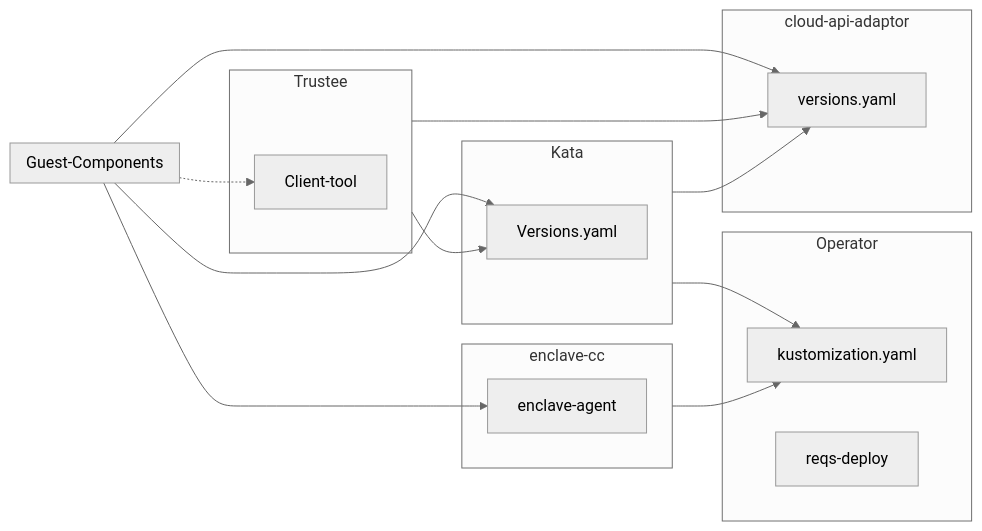
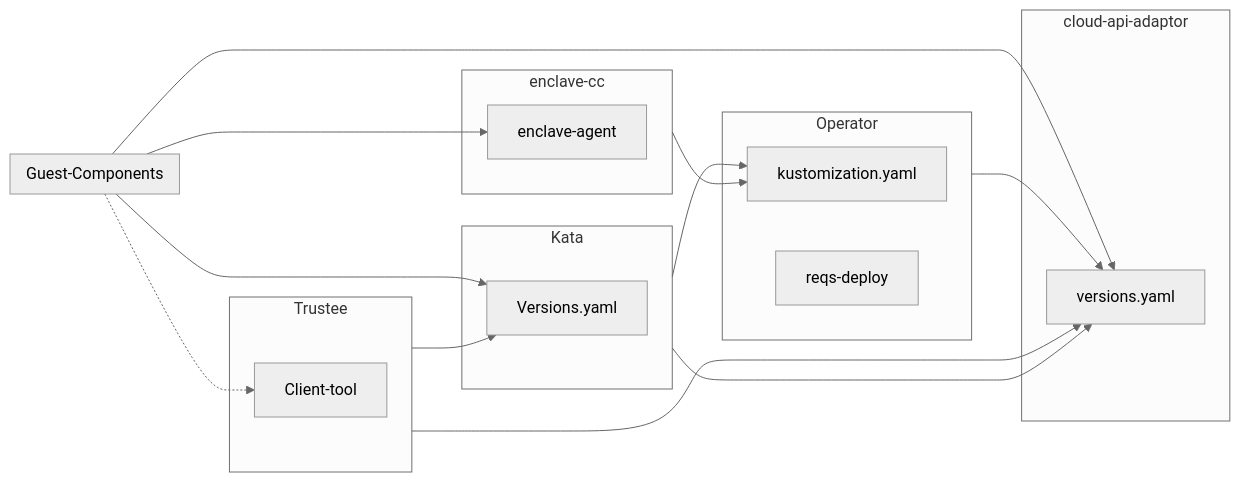
Before and after one commit to confidential-containers/confidential-containers: the diagram in .github/ISSUE_TEMPLATE/release-check-list.md, drawn with Mermaid (neutral theme). The commit also changed other lines of this file, not shown here.

````diff
--- a/.github/ISSUE_TEMPLATE/release-check-list.md
+++ b/.github/ISSUE_TEMPLATE/release-check-list.md
@@ -15,31 +15,32 @@
 ```mermaid
 flowchart LR
     Trustee --> Versions.yaml
     Guest-Components --> Versions.yaml
     Kata --> kustomization.yaml
     Guest-Components .-> Client-tool
     Guest-Components --> enclave-agent
     enclave-cc --> kustomization.yaml
+    Operator --> versions.yaml
     Guest-Components --> versions.yaml
     Trustee --> versions.yaml
     Kata --> versions.yaml
 
     subgraph Kata
         Versions.yaml
     end
     subgraph Guest-Components
     end
     subgraph Trustee
         Client-tool
     end
     subgraph enclave-cc
         enclave-agent
     end
     subgraph Operator
         kustomization.yaml
         reqs-deploy
     end
     subgraph cloud-api-adaptor
         versions.yaml
     end
 ```
````
